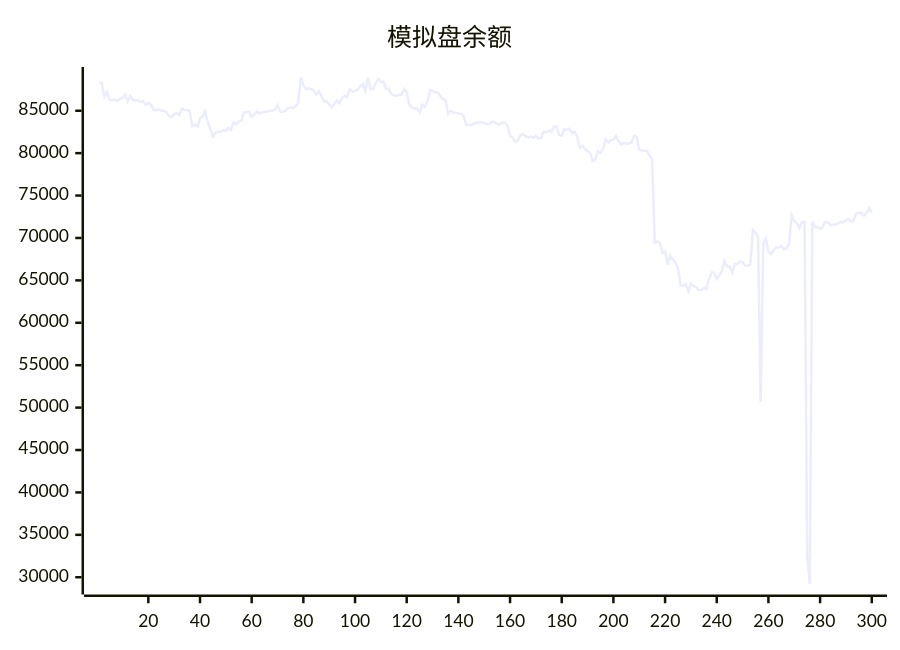
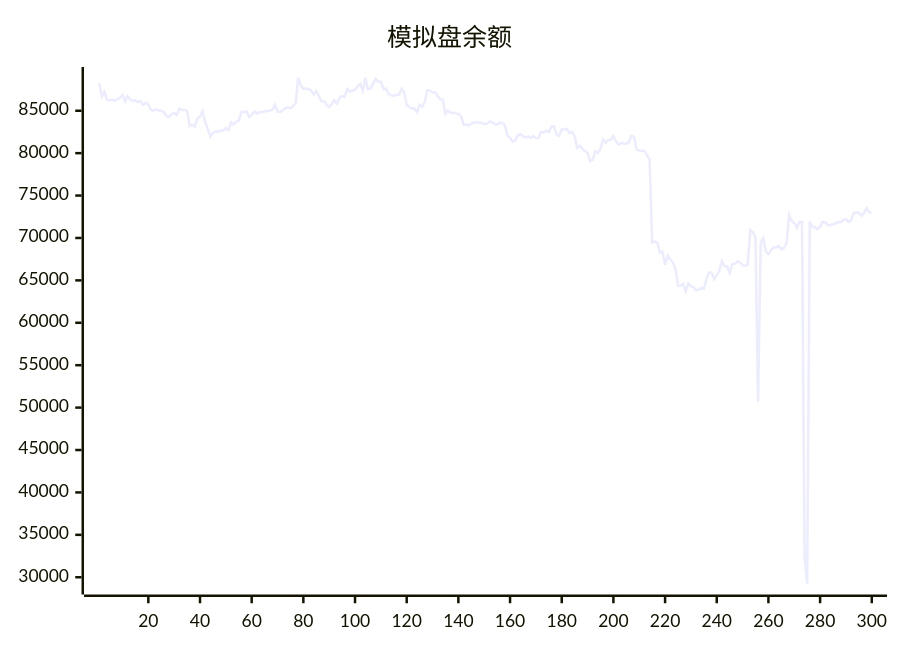
The diagram in README.md (aahl/ai-trading), drawn with Mermaid before and after one commit. The commit also changed other lines of this file and 1 other file, not shown here.

````diff
--- a/README.md
+++ b/README.md
@@ -5,5 +5,5 @@
 ```mermaid
 xychart
     title "模拟盘余额"
-    line [88189,88248,86662,87234,86279,86251,86314,86177,86364,86503,86886,86114,86731,86310,86176,86240,86017,86136,85685,85938,85749,85111,85044,85164,85016,85008,84824,84354,84287,84572,84745,84500,85234,85096,85095,84970,83180,83338,83157,84070,84309,84922,83667,82850,81924,82369,82552,82539,82695,82648,82962,82728,83619,83378,83710,83825,84819,84854,84917,84265,84527,84919,84668,84834,84850,84916,84981,85004,85131,85674,84891,84864,85019,85284,85393,85294,85538,85894,88904,88012,87567,87625,87568,87386,86920,87313,86737,86094,86143,85725,85437,85787,86219,85859,86526,86740,86630,87563,87264,87335,87483,87886,88180,87335,88894,87544,87608,88207,88755,88401,88444,87543,87608,87000,86810,86740,86894,86884,87576,87209,85686,85435,85251,85255,84820,85689,85453,86066,87420,87373,87161,87178,86740,86341,86315,84643,85012,84772,84768,84690,84635,84376,83360,83357,83259,83474,83608,83606,83602,83548,83440,83454,83724,83644,83464,83365,83590,83592,83275,82072,81806,81344,81492,82109,82254,82006,81848,81955,81829,82022,81769,81776,82522,82441,82656,82498,83144,83144,82150,82038,82797,82763,82872,82367,82536,81981,80612,80862,80484,80242,80034,79063,79245,80226,80016,80507,81625,81233,81544,81578,82016,81401,81019,81186,81130,81118,81306,82066,81909,80392,80304,80291,80258,79729,79261,69466,69579,69456,68251,68415,66832,67911,67462,67144,66432,64380,64375,64606,63740,64647,64324,64216,63842,63877,64078,64008,65156,65945,65888,65157,65625,66144,67284,66653,66639,65924,66925,66956,67263,67108,66766,66729,66886,70927,70673,70049,50652,69334,69973,68400,68061,68578,68876,68879,69055,68662,68822,69329,72687,71999,71760,71162,71911,71896,32500,29218,71927,71297,71305,71044,71337,71883,71822,71536,71536,71622,71723,71880,71860,72100,72216,71887,72077,72940,72976,72966,72638,72948,73497,73004]
+    line [88248,86662,87234,86279,86251,86314,86177,86364,86503,86886,86114,86731,86310,86176,86240,86017,86136,85685,85938,85749,85111,85044,85164,85016,85008,84824,84354,84287,84572,84745,84500,85234,85096,85095,84970,83180,83338,83157,84070,84309,84922,83667,82850,81924,82369,82552,82539,82695,82648,82962,82728,83619,83378,83710,83825,84819,84854,84917,84265,84527,84919,84668,84834,84850,84916,84981,85004,85131,85674,84891,84864,85019,85284,85393,85294,85538,85894,88904,88012,87567,87625,87568,87386,86920,87313,86737,86094,86143,85725,85437,85787,86219,85859,86526,86740,86630,87563,87264,87335,87483,87886,88180,87335,88894,87544,87608,88207,88755,88401,88444,87543,87608,87000,86810,86740,86894,86884,87576,87209,85686,85435,85251,85255,84820,85689,85453,86066,87420,87373,87161,87178,86740,86341,86315,84643,85012,84772,84768,84690,84635,84376,83360,83357,83259,83474,83608,83606,83602,83548,83440,83454,83724,83644,83464,83365,83590,83592,83275,82072,81806,81344,81492,82109,82254,82006,81848,81955,81829,82022,81769,81776,82522,82441,82656,82498,83144,83144,82150,82038,82797,82763,82872,82367,82536,81981,80612,80862,80484,80242,80034,79063,79245,80226,80016,80507,81625,81233,81544,81578,82016,81401,81019,81186,81130,81118,81306,82066,81909,80392,80304,80291,80258,79729,79261,69466,69579,69456,68251,68415,66832,67911,67462,67144,66432,64380,64375,64606,63740,64647,64324,64216,63842,63877,64078,64008,65156,65945,65888,65157,65625,66144,67284,66653,66639,65924,66925,66956,67263,67108,66766,66729,66886,70927,70673,70049,50652,69334,69973,68400,68061,68578,68876,68879,69055,68662,68822,69329,72687,71999,71760,71162,71911,71896,32500,29218,71927,71297,71305,71044,71337,71883,71822,71536,71536,71622,71723,71880,71860,72100,72216,71887,72077,72940,72976,72966,72638,72948,73497,73004,73041]
 ```
````
